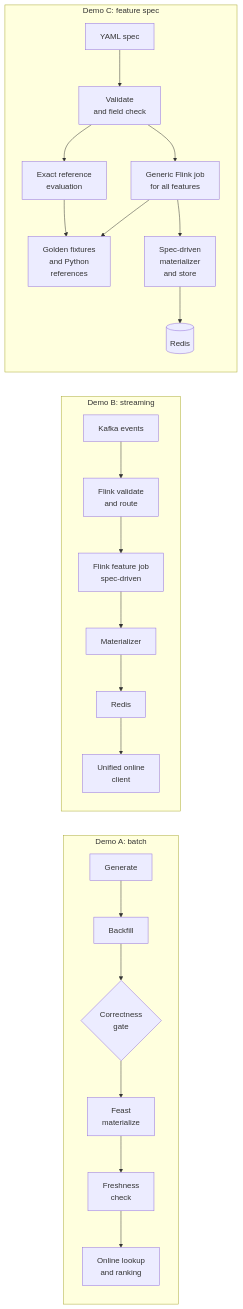
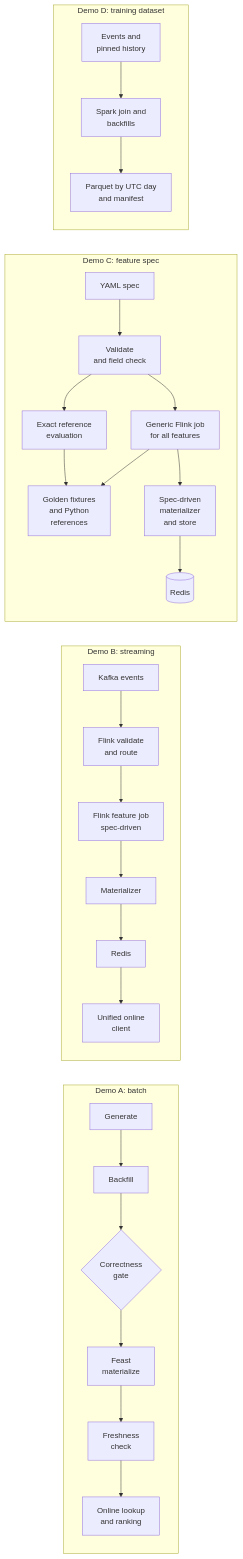
Before and after one commit to oster-dev/featureforge: the diagram in docs/demo.md, drawn with Mermaid. The commit also changed other lines of this file and 9 other files, not shown here.

Commit message:
docs: bring all documents up to date with history, labels and training datasets (#64)

````diff
--- a/docs/demo.md
+++ b/docs/demo.md
@@ -13,14 +16,17 @@
 ```mermaid
 flowchart LR
     subgraph A["Demo A: batch"]
         A1[Generate] --> A2[Backfill] --> A3{Correctness<br/>gate} --> A4[Feast<br/>materialize] --> A5[Freshness<br/>check] --> A6[Online lookup<br/>and ranking]
     end
     subgraph B["Demo B: streaming"]
         B1[Kafka events] --> B2[Flink validate<br/>and route] --> B3[Flink feature job<br/>spec-driven] --> B4[Materializer] --> B5[Redis] --> B6[Unified online<br/>client]
     end
     subgraph C["Demo C: feature spec"]
         C1[YAML spec] --> C2[Validate<br/>and field check] --> C3[Exact reference<br/>evaluation] --> C4[Golden fixtures<br/>and Python<br/>references]
         C2 --> C5[Generic Flink job<br/>for all features] --> C4
         C5 --> C6[Spec-driven<br/>materializer<br/>and store] --> C7[(Redis)]
     end
+    subgraph D["Demo D: training dataset"]
+        D1[Events and<br/>pinned history] --> D2[Spark join and<br/>backfills] --> D3[Parquet by UTC day<br/>and manifest]
+    end
 ```
````
